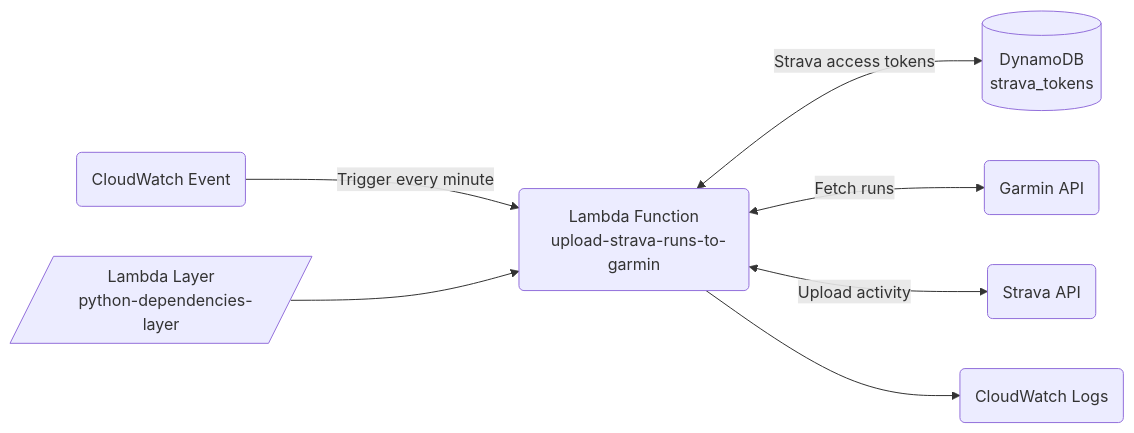
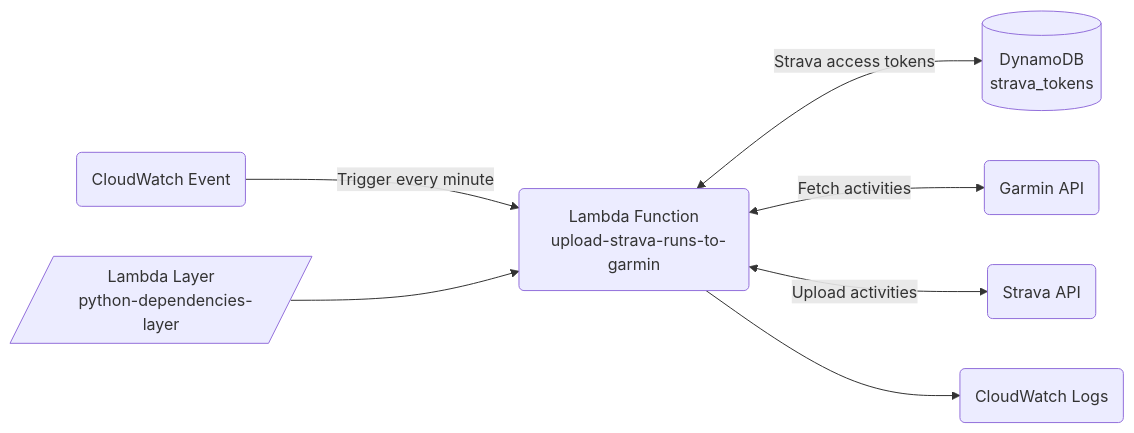
One commit to nedak96/strava-activity-update changed the first of 2 diagrams in README.md. Above: the diagram before and after it, drawn with Mermaid.

Commit message:
update comment

````diff
--- a/README.md
+++ b/README.md
@@ -12,19 +12,19 @@
 ```mermaid
 graph LR;
   trigger(CloudWatch Event);
   lambda("Lambda Function
   upload-strava-runs-to-garmin");
   lambda_layer[/"Lambda Layer
   python-dependencies-layer"/];
   db[("DynamoDB
   strava_tokens")];
   strava(Strava API);
   garmin(Garmin API);
   logs(CloudWatch Logs);
   trigger -- Trigger every minute --> lambda;
   lambda_layer --> lambda;
   lambda <-- Strava access tokens --> db;
-  lambda <-- Fetch runs --> garmin;
-  lambda <-- Upload activity --> strava;
+  lambda <-- Fetch activities --> garmin;
+  lambda <-- Upload activities --> strava;
   lambda --> logs;
 ```
````
